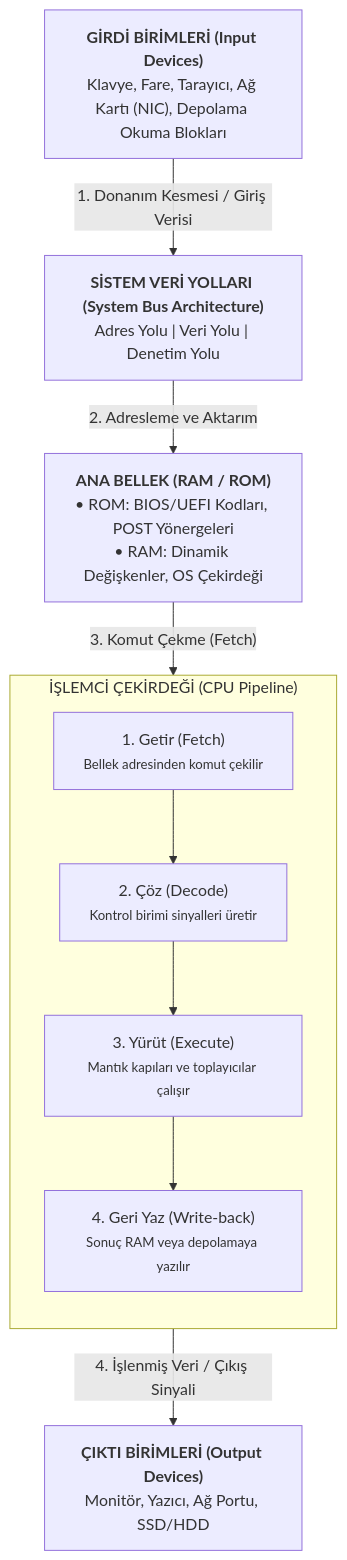
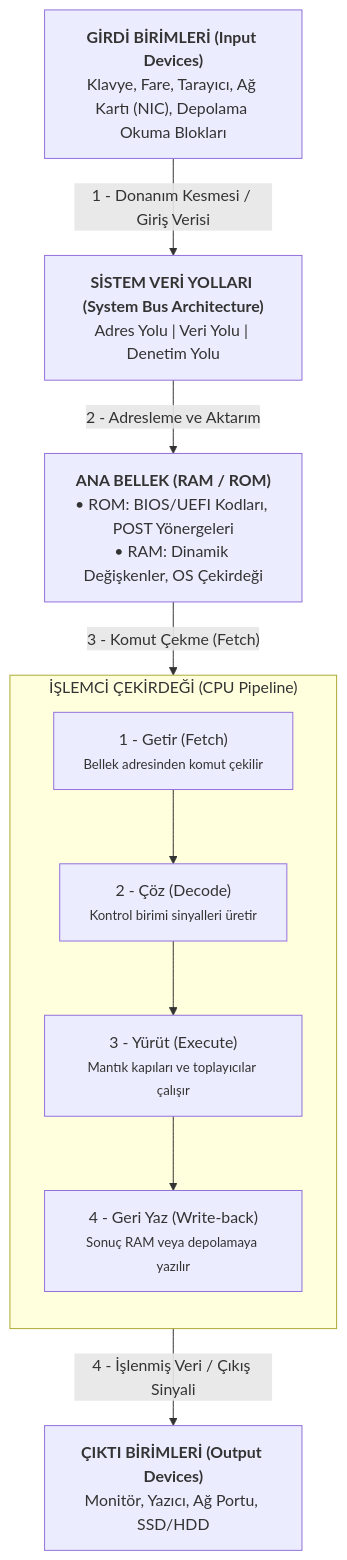
Before and after one commit to meto-data/noetic-logos: the first of 2 diagrams in content/0-ybs-notlari/YBS2023-bilgisayar-donanimi/ders-2.md, drawn with Mermaid. The commit also changed 12 other files, not shown here.

Commit message:
fix: resolve mermaid unsupported markdown list error, fix mermaid pc fullscreen & overflow, replace settings icon with unclipped sliders, and fix mobile image lightbox centering & zoom

````diff
--- a/content/0-ybs-notlari/YBS2023-bilgisayar-donanimi/ders-2.md
+++ b/content/0-ybs-notlari/YBS2023-bilgisayar-donanimi/ders-2.md
@@ -67,23 +67,23 @@
 ```mermaid
 flowchart TD
     A["<b>GİRDİ BİRİMLERİ (Input Devices)</b><br/>Klavye, Fare, Tarayıcı, Ağ Kartı (NIC), Depolama Okuma Blokları"]
     B["<b>SİSTEM VERİ YOLLARI (System Bus Architecture)</b><br/>Adres Yolu | Veri Yolu | Denetim Yolu"]
     C["<b>ANA BELLEK (RAM / ROM)</b><br/>• ROM: BIOS/UEFI Kodları, POST Yönergeleri<br/>• RAM: Dinamik Değişkenler, OS Çekirdeği"]
 
     subgraph CPU ["İŞLEMCİ ÇEKİRDEĞİ (CPU Pipeline)"]
         direction TB
-        P1["1. Getir (Fetch)<br/><small>Bellek adresinden komut çekilir</small>"]
-        P2["2. Çöz (Decode)<br/><small>Kontrol birimi sinyalleri üretir</small>"]
-        P3["3. Yürüt (Execute)<br/><small>Mantık kapıları ve toplayıcılar çalışır</small>"]
-        P4["4. Geri Yaz (Write-back)<br/><small>Sonuç RAM veya depolamaya yazılır</small>"]
+        P1["1 - Getir (Fetch)<br/><small>Bellek adresinden komut çekilir</small>"]
+        P2["2 - Çöz (Decode)<br/><small>Kontrol birimi sinyalleri üretir</small>"]
+        P3["3 - Yürüt (Execute)<br/><small>Mantık kapıları ve toplayıcılar çalışır</small>"]
+        P4["4 - Geri Yaz (Write-back)<br/><small>Sonuç RAM veya depolamaya yazılır</small>"]
         
         P1 --> P2 --> P3 --> P4
     end
 
     E["<b>ÇIKTI BİRİMLERİ (Output Devices)</b><br/>Monitör, Yazıcı, Ağ Portu, SSD/HDD"]
 
-    A -->|"1. Donanım Kesmesi / Giriş Verisi"| B
-    B -->|"2. Adresleme ve Aktarım"| C
-    C -->|"3. Komut Çekme (Fetch)"| P1
-    P4 -->|"4. İşlenmiş Veri / Çıkış Sinyali"| E
+    A -->|"1 - Donanım Kesmesi / Giriş Verisi"| B
+    B -->|"2 - Adresleme ve Aktarım"| C
+    C -->|"3 - Komut Çekme (Fetch)"| P1
+    P4 -->|"4 - İşlenmiş Veri / Çıkış Sinyali"| E
 ```
````
